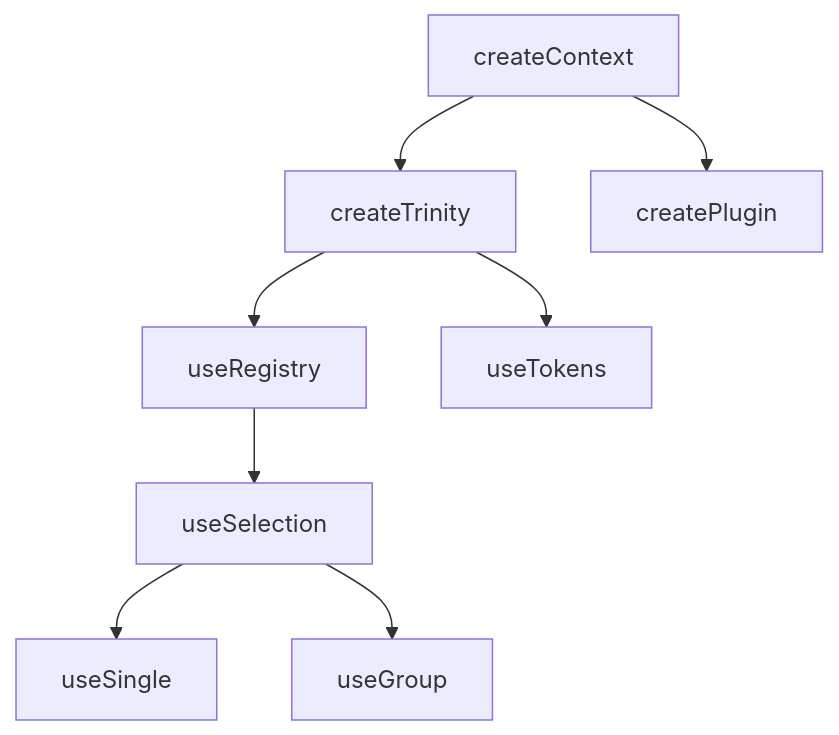
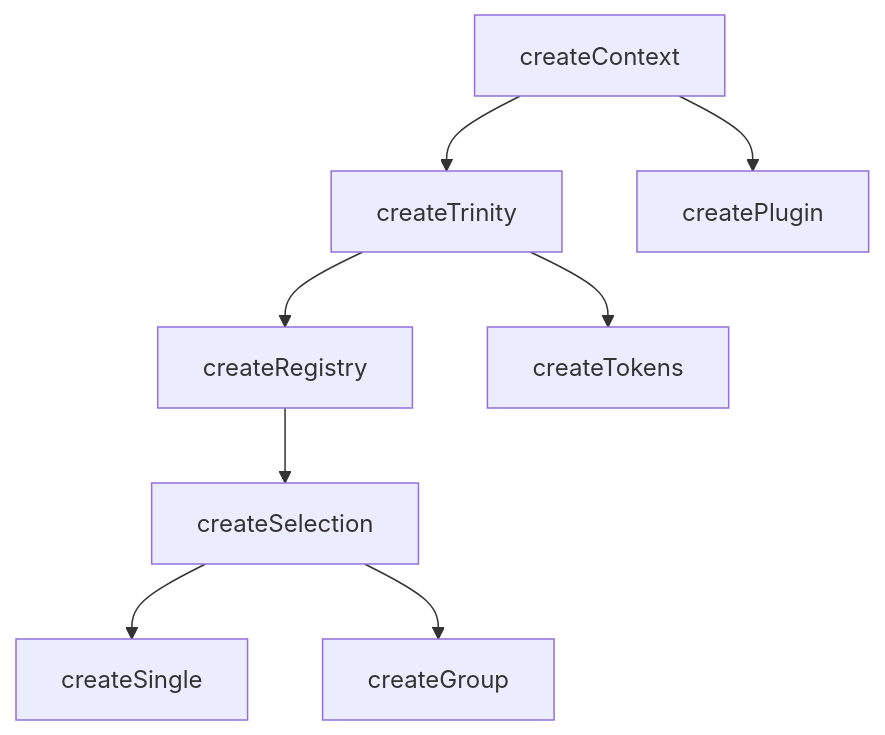
One commit to vuetifyjs/0 changed the diagram in apps/docs/src/pages/composables/foundation/create-context.md. Above: the diagram before and after it, drawn with Mermaid. The commit also changed 33 other files, not shown here.

First line of the commit message:
refactor: rename useTokens to createTokens and audit docs

````diff
--- a/apps/docs/src/pages/composables/foundation/create-context.md
+++ b/apps/docs/src/pages/composables/foundation/create-context.md
@@ -47,10 +47,10 @@
 ```mermaid "Context Hierarchy"
 flowchart TD
   createContext --> createTrinity
   createContext --> createPlugin
-  createTrinity --> useRegistry
-  createTrinity --> useTokens
-  useRegistry --> useSelection
-  useSelection --> useSingle
-  useSelection --> useGroup
+  createTrinity --> createRegistry
+  createTrinity --> createTokens
+  createRegistry --> createSelection
+  createSelection --> createSingle
+  createSelection --> createGroup
 ```
````
